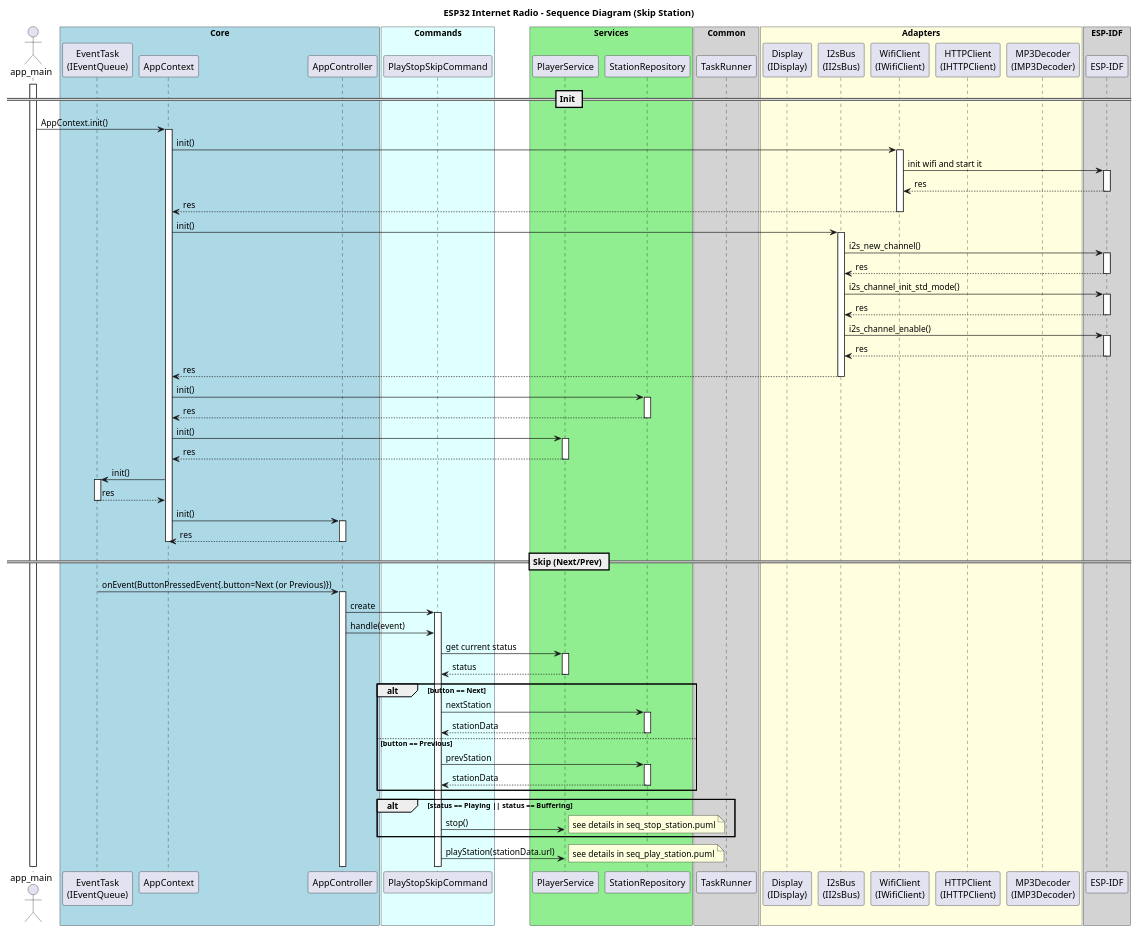
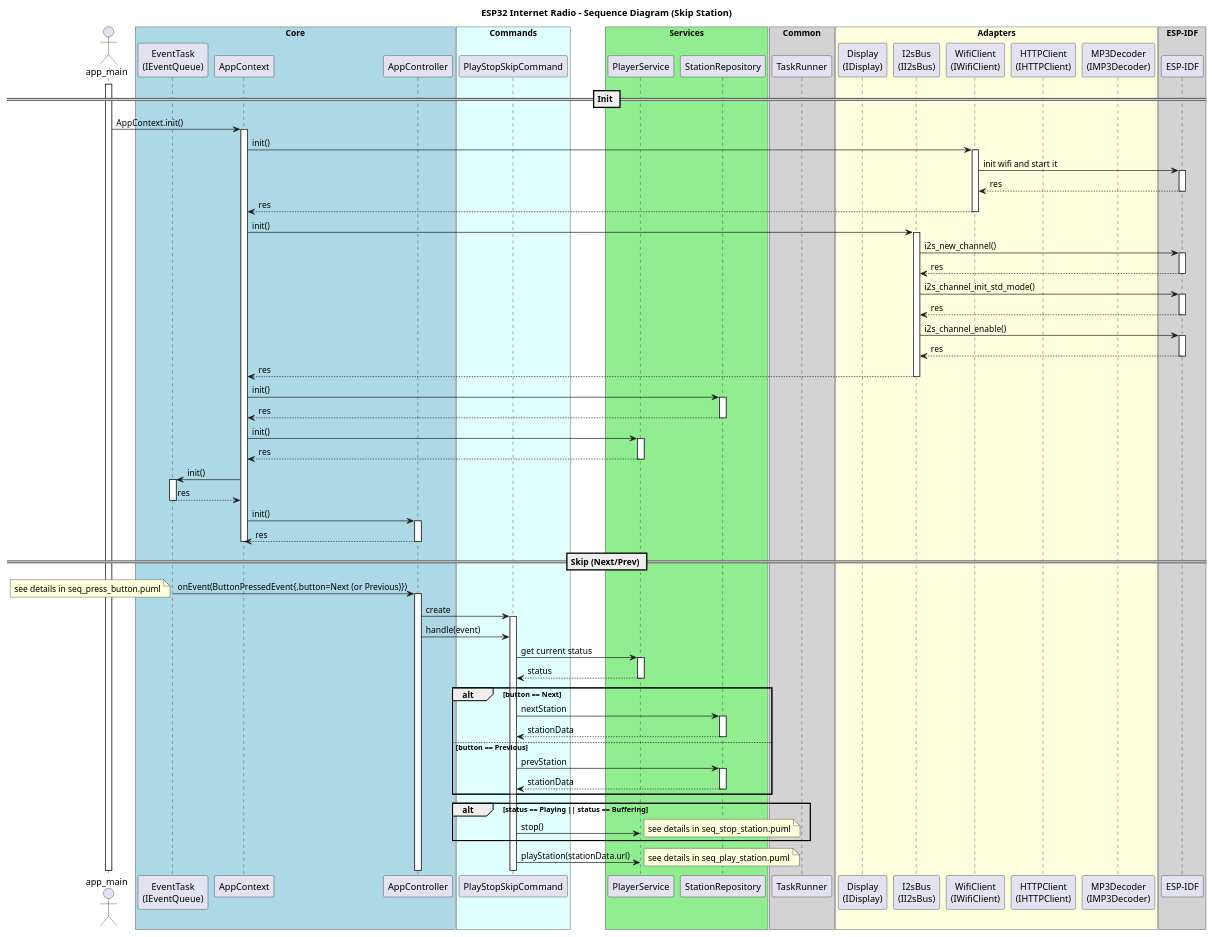
One commit to ArturChechui/esp_radio changed the diagram in docs/diagrams/sequence/seq_skip_station.puml. Above: the diagram before and after it, drawn with PlantUML. The commit also changed 123 other files, not shown here.

```diff
--- a/docs/diagrams/sequence/seq_skip_station.puml
+++ b/docs/diagrams/sequence/seq_skip_station.puml
@@ -1,92 +1,95 @@
 @startuml seq_skip_station.puml
 title ESP32 Internet Radio - Sequence Diagram (Skip Station)
 
 actor "app_main" as APP
 box "Core" #LightBlue
 participant "EventTask\n(IEventQueue)" as CORETASK
 participant "AppContext" as CTX
 participant "AppController" as CTRL
 end box
 
 box "Commands" #LightCyan
 participant "PlayStopSkipCommand" as CMD
 end box
 
 box "Services" #LightGreen
 participant "PlayerService" as PLSVC
 participant "StationRepository" as REPO
 end box
 
 box "Common" #LightGray
 participant "TaskRunner" as TR
 end box
 
 box "Adapters" #LightYellow
 participant "Display\n(IDisplay)" as DISP
 participant "I2sBus\n(II2sBus)" as I2S
 participant "WifiClient\n(IWifiClient)" as WC
 participant "HTTPClient\n(IHTTPClient)" as HTTP
 participant "MP3Decoder\n(IMP3Decoder)" as MP3D
 end box
 
 
 box "ESP-IDF" #LightGray
 participant "ESP-IDF" as IDF
 end box
 
 == Init ==
 activate APP
 APP -> CTX ++: AppContext.init()
 CTX -> WC ++: init()
 WC -> IDF ++: init wifi and start it
 return res 
 return res 
 
 CTX -> I2S ++: init()
 I2S -> IDF ++: i2s_new_channel()  
 return res
 I2S -> IDF ++: i2s_channel_init_std_mode()
 return res
 I2S -> IDF ++: i2s_channel_enable()
 return res
 return res
 
 CTX -> REPO ++: init()
 return res
 CTX -> PLSVC ++: init()
 return res
 CTX -> CORETASK ++: init()
 return res
 CTX -> CTRL ++: init()
 return res
 deactivate CTX
 
 == Skip (Next/Prev) ==
 CORETASK  -> CTRL ++: onEvent(ButtonPressedEvent{.button=Next (or Previous)})
+note left
+see details in seq_press_button.puml
+end note
 CTRL -> CMD ++: create
 CTRL -> CMD : handle(event)
 CMD -> PLSVC ++: get current status
 return status
 
 alt button == Next
     CMD -> REPO ++: nextStation
     return stationData
 else button == Previous
     CMD -> REPO ++: prevStation
     return stationData
 end
 
 alt status == Playing || status == Buffering
     CMD -> PLSVC: stop()
     note right
     see details in seq_stop_station.puml
     end note
 end
 
 CMD -> PLSVC: playStation(stationData.url)
 note right
 see details in seq_play_station.puml
 end note
 
 
 @enduml
```
